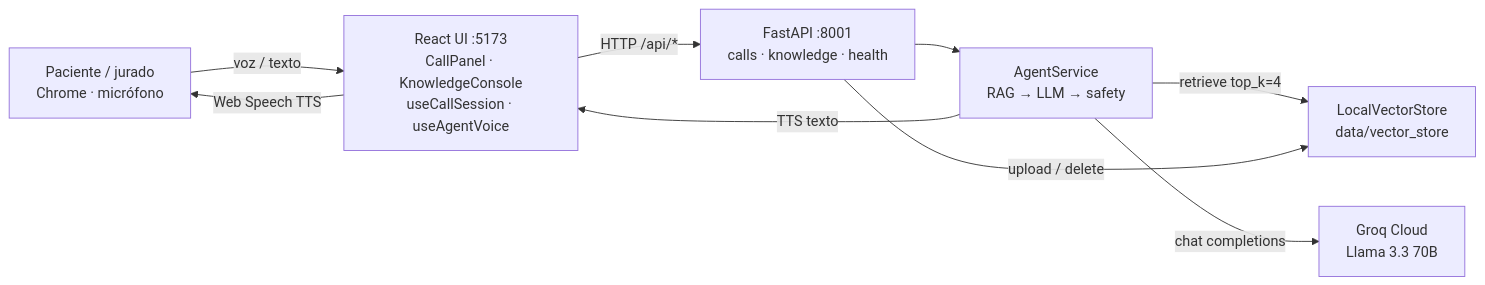
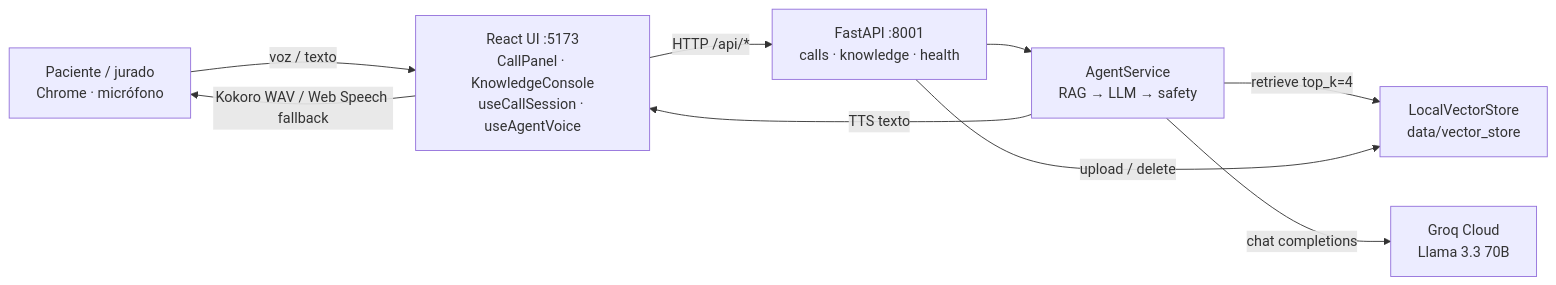
The first of 4 diagrams in ARCHITECTURE.md (jfernand196/tech-sphere-voice-agent), drawn with Mermaid before and after one commit. The commit also changed other lines of this file and 21 other files, not shown here.

First line of the commit message:
Add Kokoro ONNX TTS with browser speechSynthesis fallback.

````diff
--- a/ARCHITECTURE.md
+++ b/ARCHITECTURE.md
@@ -12,18 +12,18 @@
 ```mermaid
 flowchart LR
   Paciente["Paciente / jurado<br/>Chrome · micrófono"]
   UI["React UI :5173<br/>CallPanel · KnowledgeConsole<br/>useCallSession · useAgentVoice"]
   API["FastAPI :8001<br/>calls · knowledge · health"]
   Agent["AgentService<br/>RAG → LLM → safety"]
   Groq["Groq Cloud<br/>Llama 3.3 70B"]
   Store["LocalVectorStore<br/>data/vector_store"]
 
   Paciente -->|voz / texto| UI
   UI -->|HTTP /api/*| API
   API --> Agent
   Agent -->|retrieve top_k=4| Store
   Agent -->|chat completions| Groq
   API -->|upload / delete| Store
   Agent -->|TTS texto| UI
-  UI -->|Web Speech TTS| Paciente
+  UI -->|Kokoro WAV / Web Speech fallback| Paciente
 ```
````
